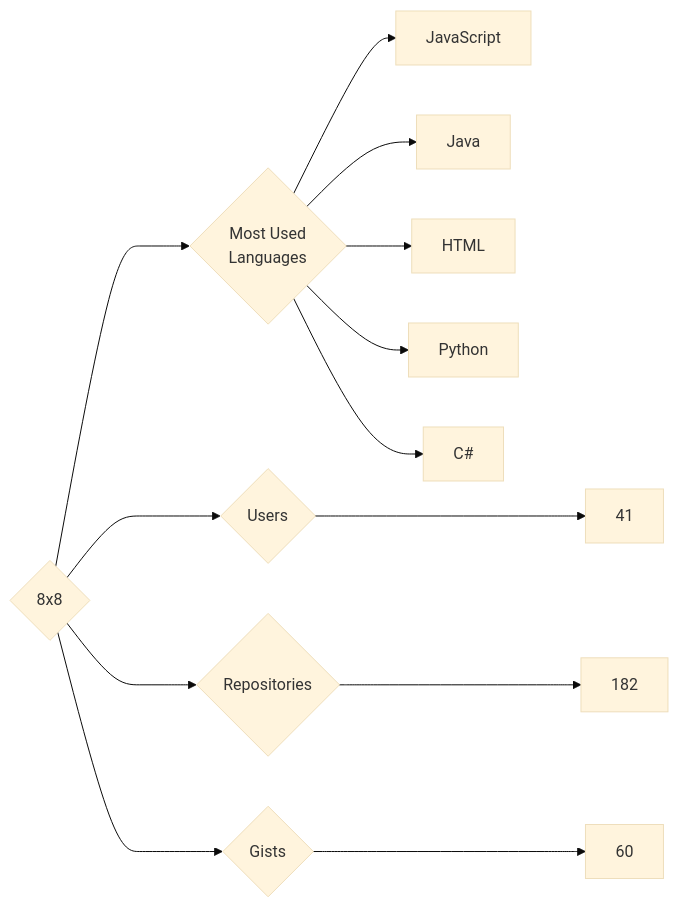
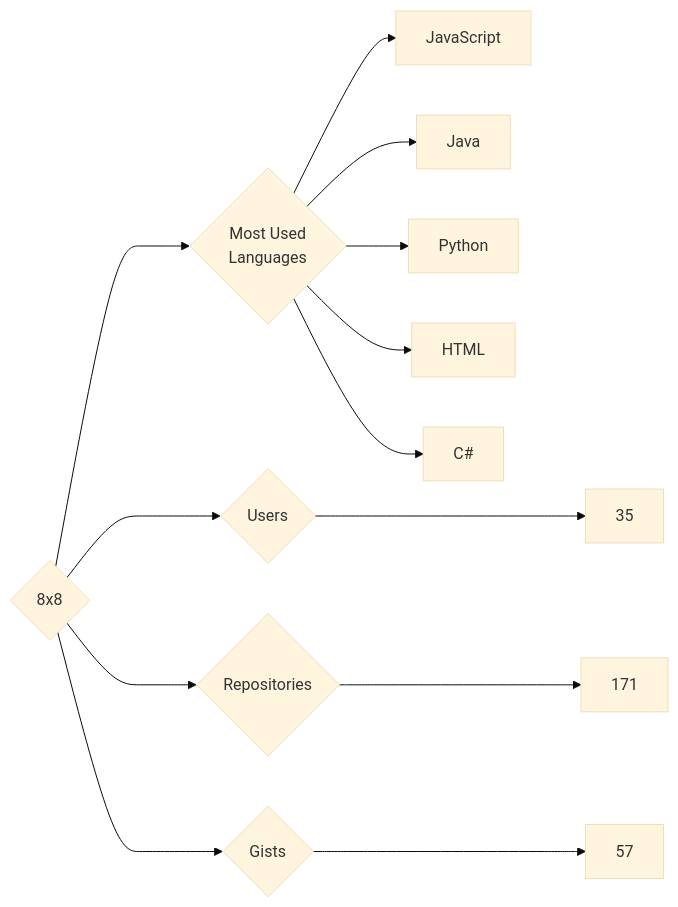
One commit to trickest/insiders changed the diagram in targets/8x8/README.md. Above: the diagram before and after it, drawn with Mermaid (base theme). The commit also changed 569 other files, not shown here.

````diff
--- a/targets/8x8/README.md
+++ b/targets/8x8/README.md
@@ -3,13 +3,13 @@
 ```mermaid
 graph LR
 COMPANY_NAME{8x8}
-COMPANY_NAME ---> U{Users} ---> UN[41]
-COMPANY_NAME ---> R{Repositories} ---> RN[182]
-COMPANY_NAME ---> G{Gists} ---> GN[60]
+COMPANY_NAME ---> U{Users} ---> UN[35]
+COMPANY_NAME ---> R{Repositories} ---> RN[171]
+COMPANY_NAME ---> G{Gists} ---> GN[57]
 COMPANY_NAME ---> ML{Most Used<br>Languages}
 ML --> JavaScript[JavaScript]
 ML --> Java[Java]
+ML --> Python[Python]
 ML --> HTML[HTML]
-ML --> Python[Python]
 ML --> C#[C#]
 ```
````
